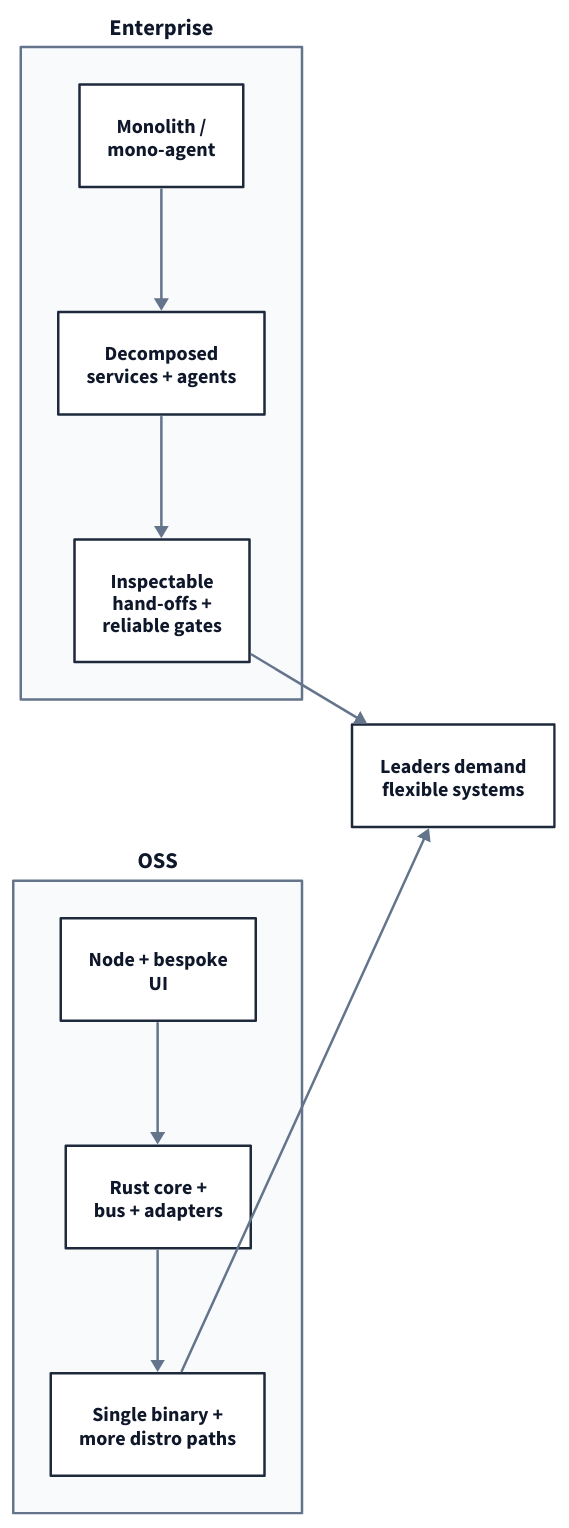
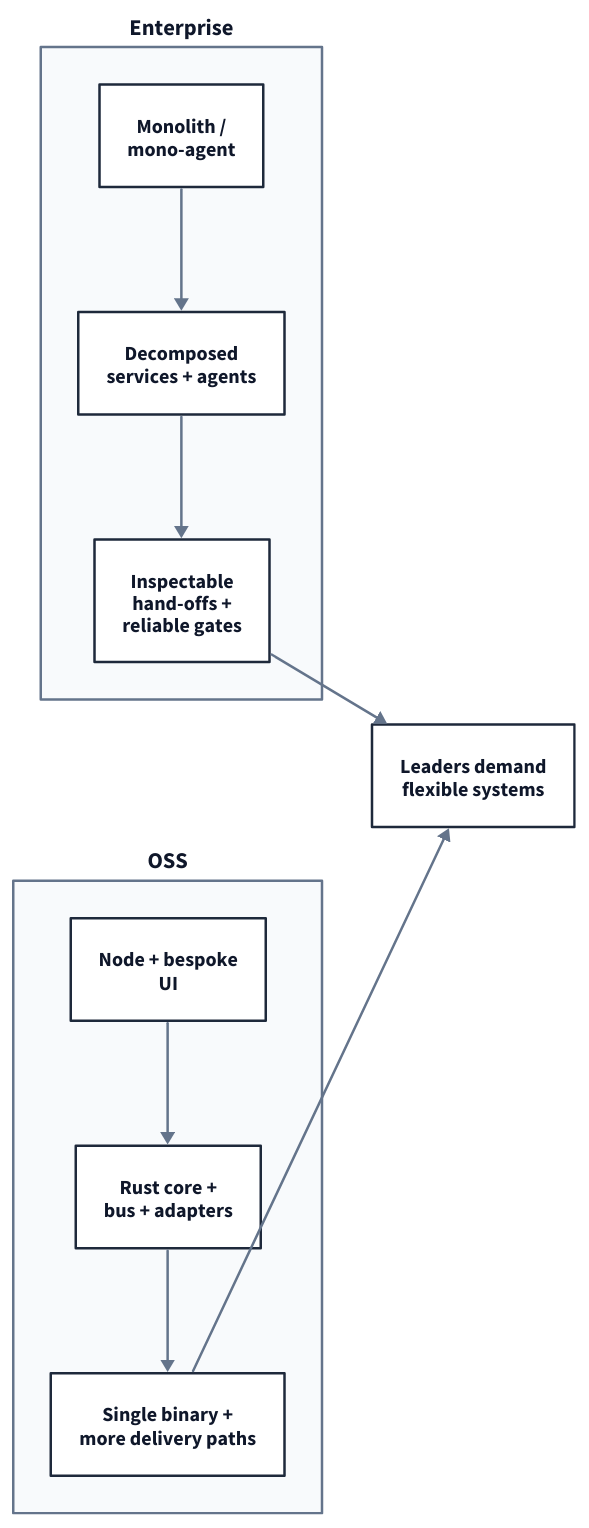
Before and after one commit to muness/muness.github.io: the diagram in viz/architecture-flexibility-map.d2, drawn with D2. The commit also changed 6 other files, not shown here.

Commit message:
Reframe to delivery path and update diagram labels

```diff
--- a/viz/architecture-flexibility-map.d2
+++ b/viz/architecture-flexibility-map.d2
@@ -1,96 +1,96 @@
 direction: right
 
 vars: {
   stroke: "#1E293B"
   accent: "#64748B"
   text: "#0F172A"
   lane: "#F8FAFC"
 }
 
 classes: {
   box: {
     style: {
       stroke: ${stroke}
       stroke-width: 2
       font-color: ${text}
       font-size: 16
       bold: true
       fill: "#FFFFFF"
     }
   }
   lane: {
     style: {
       stroke: ${accent}
       stroke-width: 2
       font-color: ${text}
       font-size: 18
       bold: true
       fill: ${lane}
     }
   }
   edge: {
     style: {
       stroke: ${accent}
       stroke-width: 2
       font-color: ${accent}
       font-size: 14
     }
   }
 }
 
 enterprise: {
   class: lane
   label: "Enterprise"
   near: top-left
 
   ent_before: {
     class: box
     label: "Monolith /\nmono-agent"
   }
 
   ent_after: {
     class: box
     label: "Decomposed\nservices + agents"
   }
 
   ent_outcome: {
     class: box
     label: "Inspectable\nhand-offs +\nreliable gates"
   }
 
   ent_before -> ent_after: {class: edge}
   ent_after -> ent_outcome: {class: edge}
 }
 
 oss: {
   class: lane
   label: "OSS"
   near: bottom-left
 
   oss_before: {
     class: box
     label: "Node + bespoke\nUI"
   }
 
   oss_after: {
     class: box
     label: "Rust core +\nbus + adapters"
   }
 
   oss_outcome: {
     class: box
-    label: "Single binary +\nmore distro paths"
+    label: "Single binary +\nmore delivery paths"
   }
 
   oss_before -> oss_after: {class: edge}
   oss_after -> oss_outcome: {class: edge}
 }
 
 leaders: {
   class: box
   label: "Leaders demand\nflexible systems"
   near: center-right
 }
 
 enterprise.ent_outcome -> leaders: {class: edge}
 oss.oss_outcome -> leaders: {class: edge}
```
